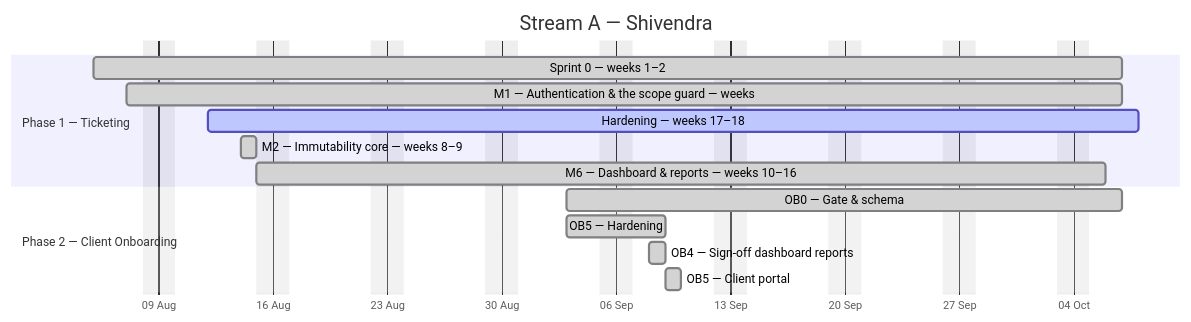
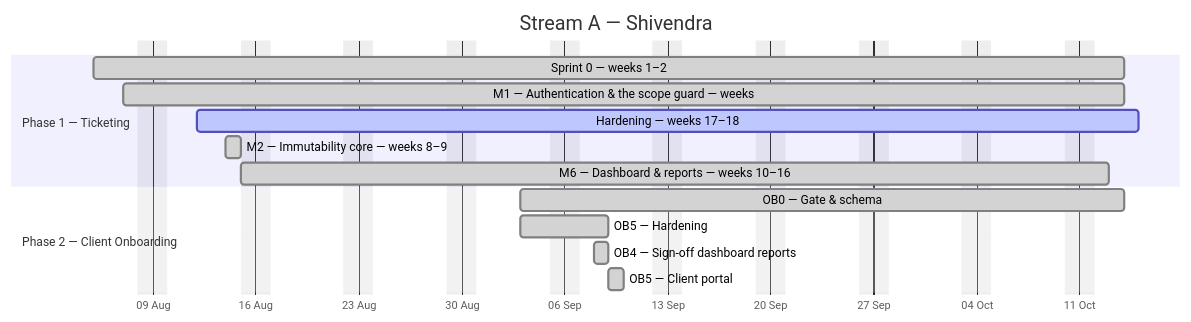
Before and after one commit to debashisedunext/EduTrack: the first of 4 diagrams in docs/plan/GANTT.md, drawn with Mermaid. The commit also changed other lines of this file and 2 other files, not shown here.

````diff
--- a/docs/plan/GANTT.md
+++ b/docs/plan/GANTT.md
@@ -114,18 +114,18 @@
 ```mermaid
 gantt
     dateFormat YYYY-MM-DD
     axisFormat %d %b
     title Stream A — Shivendra
     excludes weekends
     section Phase 1 — Ticketing
-    Sprint 0 — weeks 1–2 :done, a0, 2026-08-05, 45d
-    M1 — Authentication & the scope guard — weeks :done, a1, 2026-08-07, 43d
-    Hardening — weeks 17–18 :active, a2, 2026-08-12, 41d
+    Sprint 0 — weeks 1–2 :done, a0, 2026-08-05, 50d
+    M1 — Authentication & the scope guard — weeks :done, a1, 2026-08-07, 48d
+    Hardening — weeks 17–18 :active, a2, 2026-08-12, 46d
     M2 — Immutability core — weeks 8–9 :done, a3, 2026-08-14, 1d
-    M6 — Dashboard & reports — weeks 10–16 :done, a4, 2026-08-15, 37d
+    M6 — Dashboard & reports — weeks 10–16 :done, a4, 2026-08-15, 42d
     section Phase 2 — Client Onboarding
-    OB0 — Gate & schema :done, a5, 2026-09-03, 24d
+    OB0 — Gate & schema :done, a5, 2026-09-03, 29d
     OB5 — Hardening :done, a6, 2026-09-03, 4d
     OB4 — Sign-off  dashboard  reports :done, a7, 2026-09-08, 1d
     OB5 — Client portal :done, a8, 2026-09-09, 1d
 ```
````
